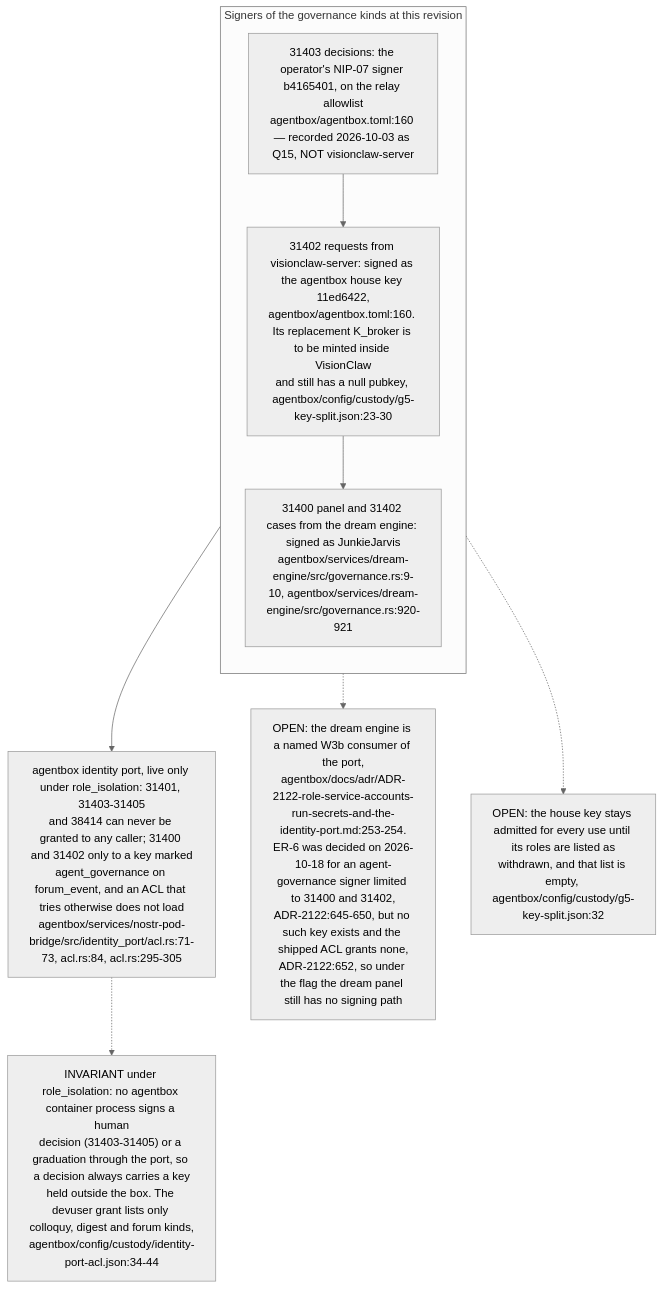
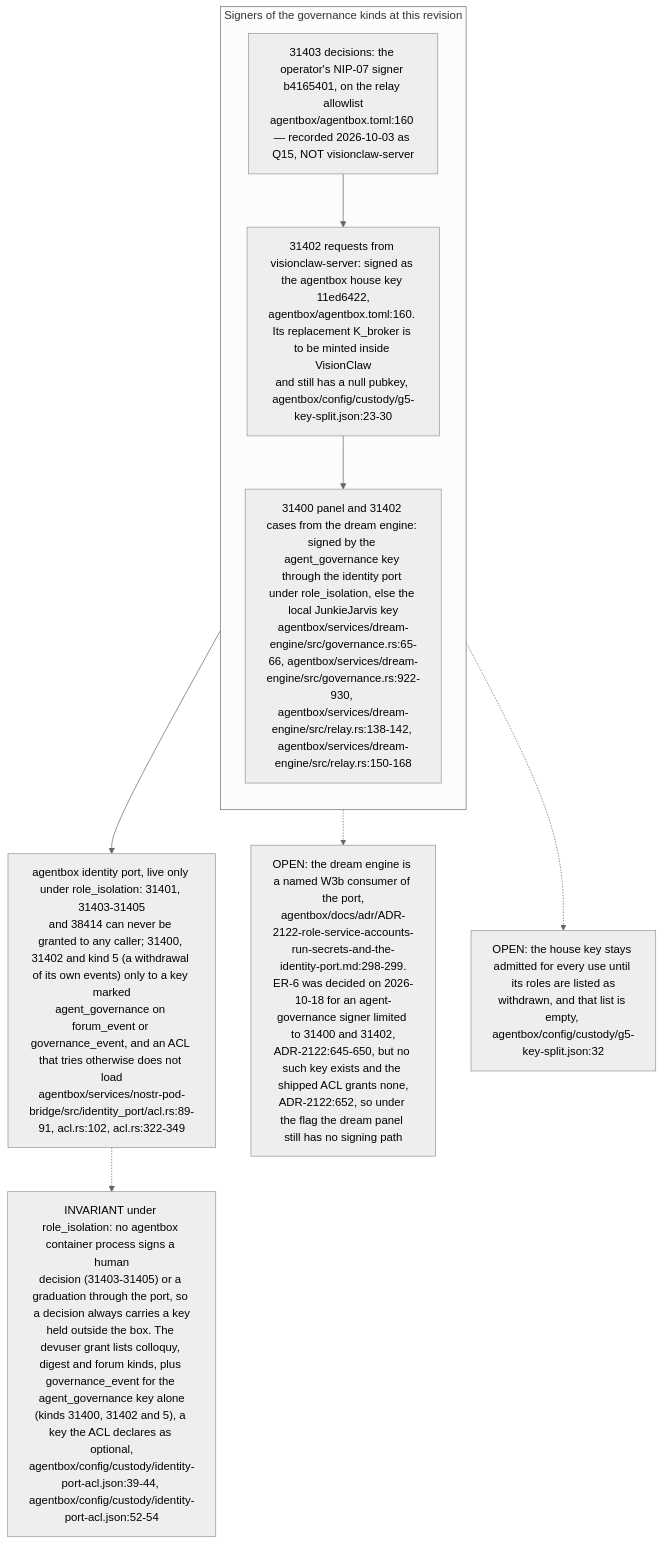
One commit to DreamLab-AI/VisionFlow changed diagram 11 of 12 in docs/diagrams/estate/05-governance-loop-across-estate.md. Above: the diagram before and after it, drawn with Mermaid (neutral theme). The commit also changed other lines of this file and 49 other files, not shown here.

First line of the commit message:
docs(diagrams): re-derive and re-stamp VisionClaw, estate, knowledge-graph, visionGraph, VisionFlow and sidestr topics

````diff
--- a/docs/diagrams/estate/05-governance-loop-across-estate.md
+++ b/docs/diagrams/estate/05-governance-loop-across-estate.md
@@ -366,15 +367,15 @@
 ```mermaid
 flowchart TB
     subgraph SIGNERS["Signers of the governance kinds at this revision"]
         direction TB
         DEC["31403 decisions: the operator's NIP-07 signer b4165401, on the relay allowlist<br/>agentbox/agentbox.toml:160 — recorded 2026-10-03 as Q15, NOT visionclaw-server"]
         VCS["31402 requests from visionclaw-server: signed as the agentbox house key 11ed6422,<br/>agentbox/agentbox.toml:160. Its replacement K_broker is to be minted inside VisionClaw<br/>and still has a null pubkey, agentbox/config/custody/g5-key-split.json:23-30"]
-        JJ["31400 panel and 31402 cases from the dream engine: signed as JunkieJarvis<br/>agentbox/services/dream-engine/src/governance.rs:9-10, agentbox/services/dream-engine/src/governance.rs:920-921"]
+        JJ["31400 panel and 31402 cases from the dream engine: signed by the agent_governance key through the identity port under role_isolation, else the local JunkieJarvis key<br/>agentbox/services/dream-engine/src/governance.rs:65-66, agentbox/services/dream-engine/src/governance.rs:922-930, agentbox/services/dream-engine/src/relay.rs:138-142, agentbox/services/dream-engine/src/relay.rs:150-168"]
         DEC --> VCS --> JJ
     end
-    PORT["agentbox identity port, live only under role_isolation: 31401, 31403-31405<br/>and 38414 can never be granted to any caller; 31400 and 31402 only to a key marked<br/>agent_governance on forum_event, and an ACL that tries otherwise does not load<br/>agentbox/services/nostr-pod-bridge/src/identity_port/acl.rs:71-73, acl.rs:84, acl.rs:295-305"]
+    PORT["agentbox identity port, live only under role_isolation: 31401, 31403-31405<br/>and 38414 can never be granted to any caller; 31400, 31402 and kind 5 (a withdrawal of its own events) only to a key marked<br/>agent_governance on forum_event or governance_event, and an ACL that tries otherwise does not load<br/>agentbox/services/nostr-pod-bridge/src/identity_port/acl.rs:89-91, acl.rs:102, acl.rs:322-349"]
     SIGNERS --> PORT
-    PORT -.-> INV["INVARIANT under role_isolation: no agentbox container process signs a human<br/>decision (31403-31405) or a graduation through the port, so a decision always carries a key<br/>held outside the box. The devuser grant lists only colloquy, digest and forum kinds,<br/>agentbox/config/custody/identity-port-acl.json:34-44"]
-    JJ -.-> TEN["OPEN: the dream engine is a named W3b consumer of the port,<br/>agentbox/docs/adr/ADR-2122-role-service-accounts-run-secrets-and-the-identity-port.md:253-254.<br/>ER-6 was decided on 2026-10-18 for an agent-governance signer limited to 31400 and 31402,<br/>ADR-2122:645-650, but no such key exists and the shipped ACL grants none,<br/>ADR-2122:652, so under the flag the dream panel still has no signing path"]
+    PORT -.-> INV["INVARIANT under role_isolation: no agentbox container process signs a human<br/>decision (31403-31405) or a graduation through the port, so a decision always carries a key<br/>held outside the box. The devuser grant lists colloquy, digest and forum kinds, plus governance_event for the agent_governance key alone<br/>(kinds 31400, 31402 and 5), a key the ACL declares as optional,<br/>agentbox/config/custody/identity-port-acl.json:39-44, agentbox/config/custody/identity-port-acl.json:52-54"]
+    JJ -.-> TEN["OPEN: the dream engine is a named W3b consumer of the port,<br/>agentbox/docs/adr/ADR-2122-role-service-accounts-run-secrets-and-the-identity-port.md:298-299.<br/>ER-6 was decided on 2026-10-18 for an agent-governance signer limited to 31400 and 31402,<br/>ADR-2122:645-650, but no such key exists and the shipped ACL grants none,<br/>ADR-2122:652, so under the flag the dream panel still has no signing path"]
     VCS -.-> OPN["OPEN: the house key stays admitted for every use until its roles are listed as<br/>withdrawn, and that list is empty, agentbox/config/custody/g5-key-split.json:32"]
 ```
````
